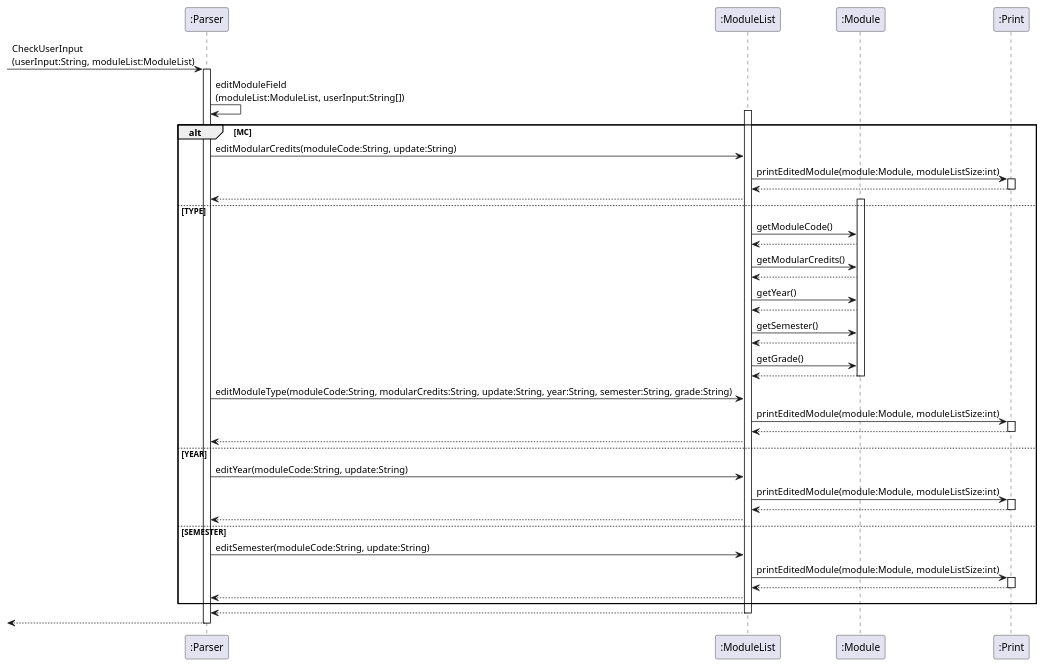
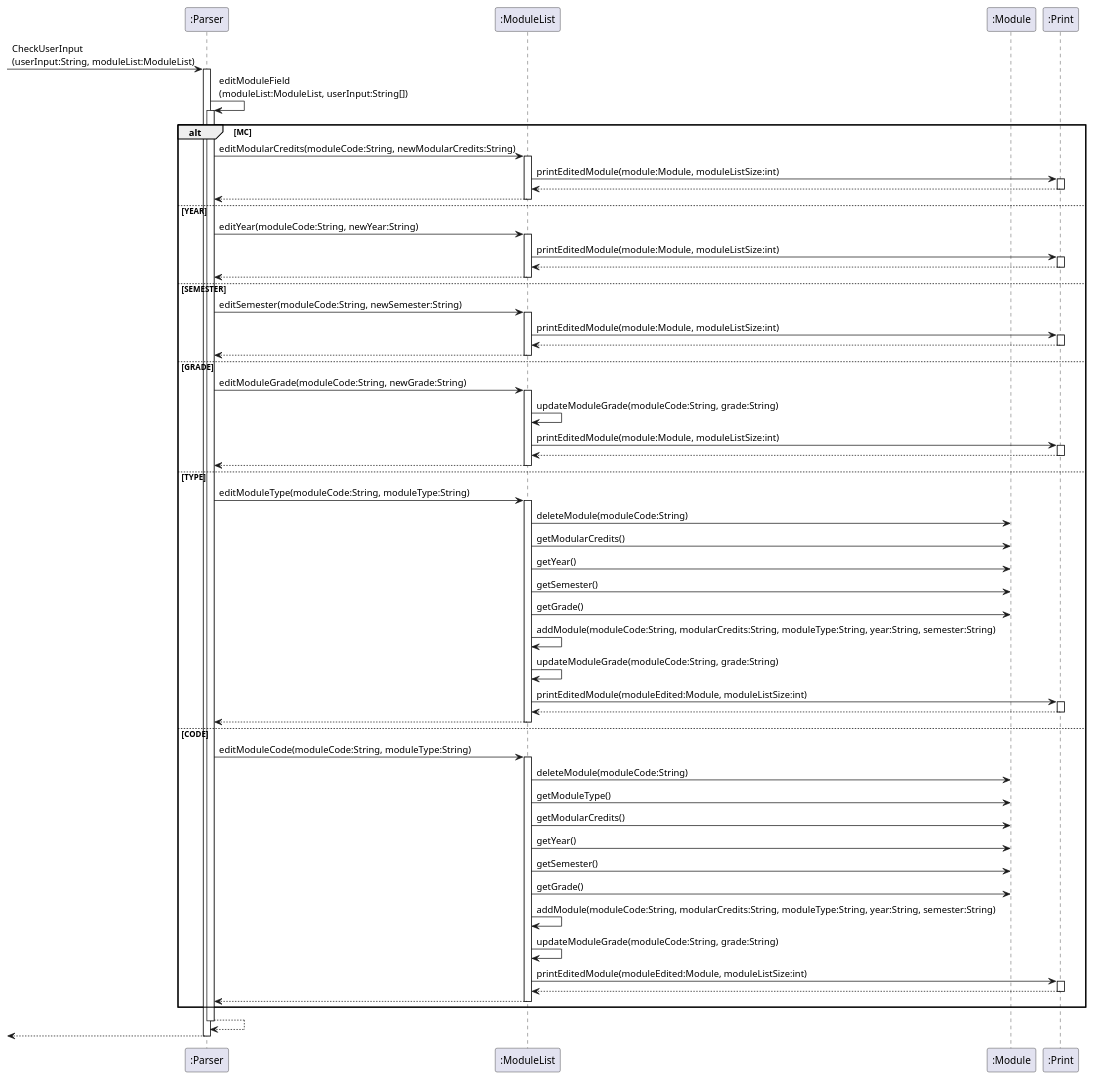
Before and after one commit to saintzaw/tp: the diagram in docs/diagrams/EditCommand.puml, drawn with PlantUML. The commit also changed 3 other files, not shown here.

Commit message:
Update edit sequence diagram

```diff
--- a/docs/diagrams/EditCommand.puml
+++ b/docs/diagrams/EditCommand.puml
@@ -1,57 +1,97 @@
 @startuml
 
 participant ":Parser" as Parser
 participant ":ModuleList" as ML
 participant ":Module" as Mod
 participant ":Print" as Print
 [->Parser : CheckUserInput\n(userInput:String, moduleList:ModuleList)
 activate Parser
-Parser->Parser : editModuleField\n(moduleList:ModuleList, userInput:String[])
-activate ML
+Parser -> Parser : editModuleField\n(moduleList:ModuleList, userInput:String[])
+activate Parser
+
+
 alt MC
-    Parser -> ML : editModularCredits(moduleCode:String, update:String)
+    Parser -> ML : editModularCredits(moduleCode:String, newModularCredits:String)
+    activate ML
     ML -> Print : printEditedModule(module:Module, moduleListSize:int)
     activate Print
     Print --> ML
     deactivate Print
     ML --> Parser
-else TYPE
-    activate Mod
-    ML -> Mod: getModuleCode()
-    Mod --> ML
-    ML -> Mod: getModularCredits()
-    Mod --> ML
-    ML -> Mod: getYear()
-    Mod --> ML
-    ML -> Mod: getSemester()
-    Mod --> ML
-    ML -> Mod: getGrade()
-    Mod --> ML
-    deactivate Mod
-    Parser -> ML : editModuleType(moduleCode:String, modularCredits:String, update:String, year:String, semester:String, grade:String)
+    deactivate ML
+else YEAR
+    Parser -> ML : editYear(moduleCode:String, newYear:String)
+    activate ML
     ML -> Print : printEditedModule(module:Module, moduleListSize:int)
     activate Print
     Print --> ML
     deactivate Print
     ML --> Parser
-else YEAR
-    Parser -> ML : editYear(moduleCode:String, update:String)
+    deactivate ML
+else SEMESTER
+    Parser -> ML : editSemester(moduleCode:String, newSemester:String)
+    activate ML
     ML -> Print : printEditedModule(module:Module, moduleListSize:int)
     activate Print
     Print --> ML
     deactivate Print
     ML --> Parser
-else SEMESTER
-    Parser -> ML : editSemester(moduleCode:String, update:String)
+    deactivate ML
+else GRADE
+    Parser -> ML : editModuleGrade(moduleCode:String, newGrade:String)
+    activate ML
+    ML -> ML: updateModuleGrade(moduleCode:String, grade:String)
+
     ML -> Print : printEditedModule(module:Module, moduleListSize:int)
     activate Print
     Print --> ML
     deactivate Print
     ML --> Parser
+    deactivate ML
+else TYPE
+    Parser -> ML : editModuleType(moduleCode:String, moduleType:String)
+    activate ML
+        ML -> Mod: deleteModule(moduleCode:String)
+        ML -> Mod: getModularCredits()
+        ML -> Mod: getYear()
+        ML -> Mod: getSemester()
+        ML -> Mod: getGrade()
+
+        ML -> ML: addModule(moduleCode:String, modularCredits:String, moduleType:String, year:String, semester:String)
+
+        ML -> ML: updateModuleGrade(moduleCode:String, grade:String)
+
+        ML -> Print : printEditedModule(moduleEdited:Module, moduleListSize:int)
+        activate Print
+        Print --> ML
+        deactivate Print
+    ML --> Parser
+    deactivate ML
+else CODE
+    Parser -> ML : editModuleCode(moduleCode:String, moduleType:String)
+    activate ML
+        ML -> Mod: deleteModule(moduleCode:String)
+        ML -> Mod: getModuleType()
+        ML -> Mod: getModularCredits()
+        ML -> Mod: getYear()
+        ML -> Mod: getSemester()
+        ML -> Mod: getGrade()
+
+        ML -> ML: addModule(moduleCode:String, modularCredits:String, moduleType:String, year:String, semester:String)
+
+        ML -> ML: updateModuleGrade(moduleCode:String, grade:String)
+
+        ML -> Print : printEditedModule(moduleEdited:Module, moduleListSize:int)
+        activate Print
+        Print --> ML
+        deactivate Print
+    ML --> Parser
+    deactivate ML
 end
-ML --> Parser
-deactivate ML
+Parser --> Parser
+deactivate Parser
+
 Parser-->[
 deactivate Parser
 
 @enduml
```
